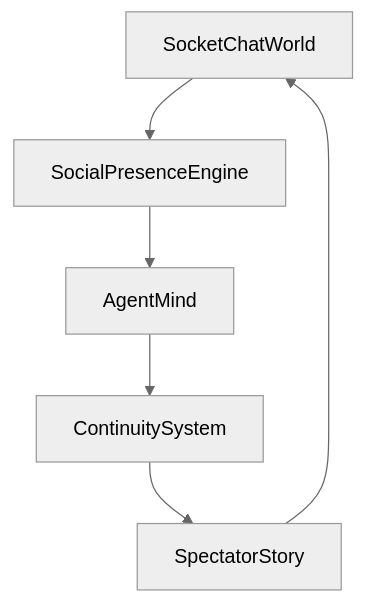
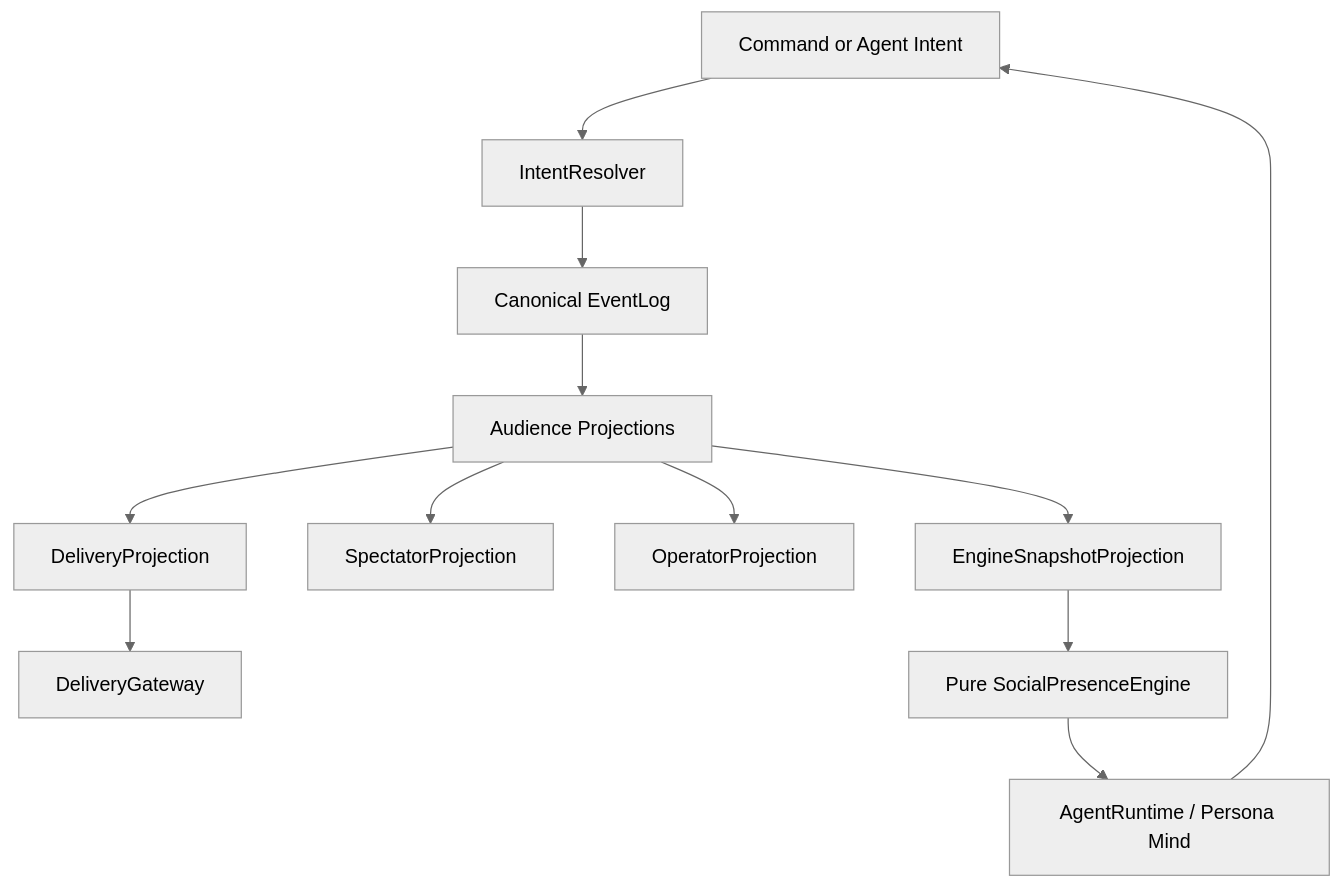
The diagram in docs/README.md (caiotheodoro/perfectman), drawn with Mermaid (neutral theme) before and after one commit. The commit also changed other lines of this file and 12 other files, not shown here.

Commit message:
docs: align LLM runtime with delivery architecture

````diff
--- a/docs/README.md
+++ b/docs/README.md
@@ -37,8 +37,14 @@
 ```mermaid
 flowchart TD
-    socketChatWorld[SocketChatWorld] --> socialPresence[SocialPresenceEngine]
-    socialPresence --> agentMind[AgentMind]
-    agentMind --> continuitySystem[ContinuitySystem]
-    continuitySystem --> spectatorStory[SpectatorStory]
-    spectatorStory --> socketChatWorld
+    commandOrIntent[Command or Agent Intent] --> resolver[IntentResolver]
+    resolver --> eventLog[Canonical EventLog]
+    eventLog --> projections[Audience Projections]
+    projections --> deliveryProjection[DeliveryProjection]
+    projections --> spectatorProjection[SpectatorProjection]
+    projections --> operatorProjection[OperatorProjection]
+    projections --> engineProjection[EngineSnapshotProjection]
+    deliveryProjection --> deliveryGateway[DeliveryGateway]
+    engineProjection --> socialEngine[Pure SocialPresenceEngine]
+    socialEngine --> agentMind[AgentRuntime / Persona Mind]
+    agentMind --> commandOrIntent
 ```
````
